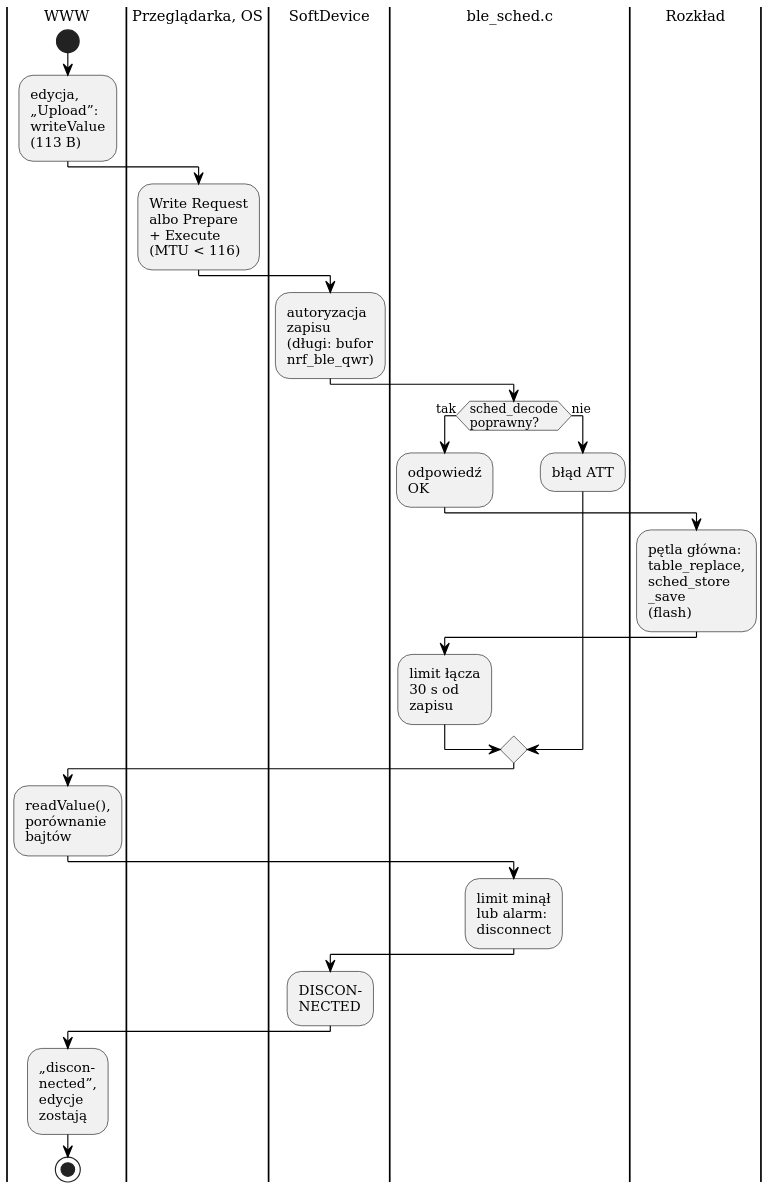
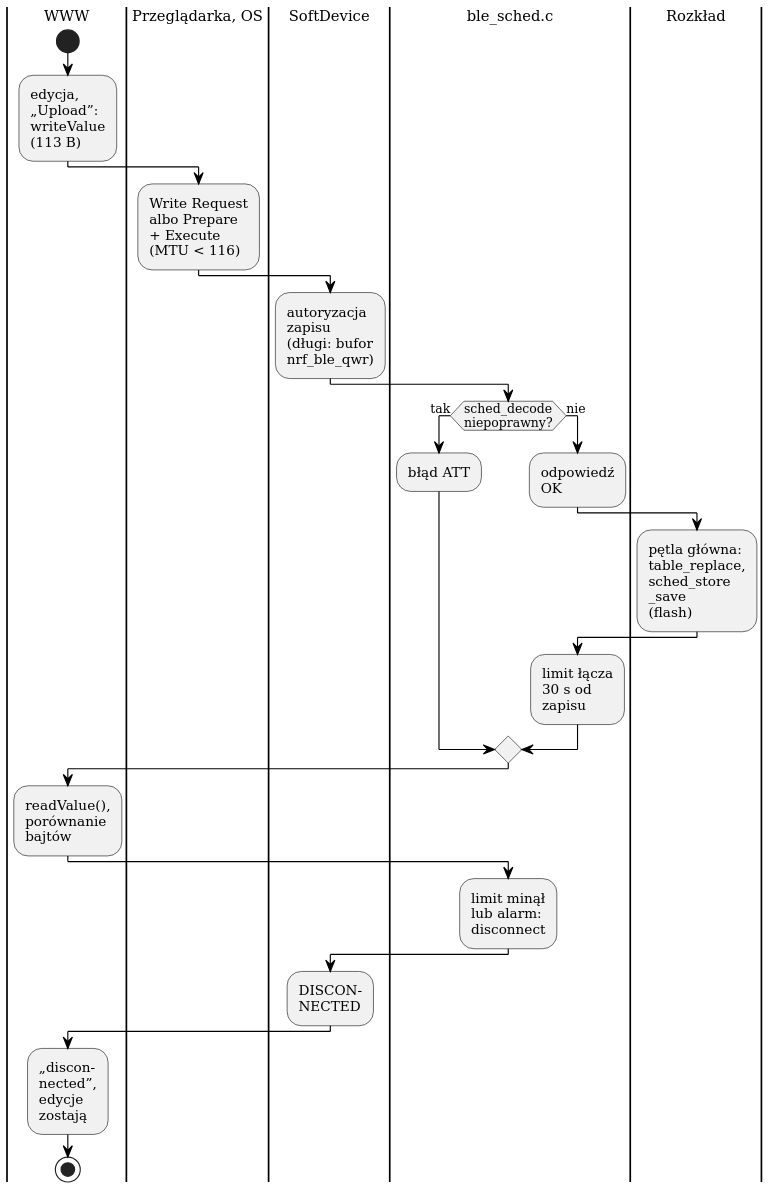
One commit to mikolajwojcicki/clock-project changed the diagram in firmware/docs/diagrams/ble-overview-b.puml. Above: the diagram before and after it, drawn with PlantUML. The commit also changed 5 other files, not shown here.

First line of the commit message:
firmware: remove crossing in BLE write chart, widen DCF decoder spacing

```diff
--- a/firmware/docs/diagrams/ble-overview-b.puml
+++ b/firmware/docs/diagrams/ble-overview-b.puml
@@ -5,46 +5,46 @@
 @startuml
 skinparam monochrome true
 skinparam shadowing false
 skinparam backgroundColor white
 skinparam defaultFontName DejaVu Serif
 skinparam activityFontName DejaVu Serif
 skinparam activityDiamondFontName DejaVu Serif
 skinparam dpi 160
 skinparam ActivityBorderColor black
 skinparam ActivityDiamondBorderColor black
 skinparam ArrowColor black
 skinparam SwimlaneTitleFontSize 13
 
 |WWW|
 |Przeglądarka, OS|
 |SoftDevice|
 |ble_sched.c|
 |Rozkład|
 
 |WWW|
 start
 :edycja,\n„Upload”:\nwriteValue\n(113 B);
 |Przeglądarka, OS|
 :Write Request\nalbo Prepare\n+ Execute\n(MTU < 116);
 |SoftDevice|
 :autoryzacja\nzapisu\n(długi: bufor\nnrf_ble_qwr);
 |ble_sched.c|
-if (sched_decode\npoprawny?) then (tak)
+if (sched_decode\nniepoprawny?) then (tak)
+  :błąd ATT;
+else (nie)
   :odpowiedź\nOK;
   |Rozkład|
   :pętla główna:\ntable_replace,\nsched_store\n_save\n(flash);
   |ble_sched.c|
   :limit łącza\n30 s od\nzapisu;
-else (nie)
-  :błąd ATT;
 endif
 |WWW|
 :readValue(),\nporównanie\nbajtów;
 |ble_sched.c|
 :limit minął\nlub alarm:\ndisconnect;
 |SoftDevice|
 :DISCON-\nNECTED;
 |WWW|
 :„discon-\nnected”,\nedycje\nzostają;
 stop
 @enduml
```
